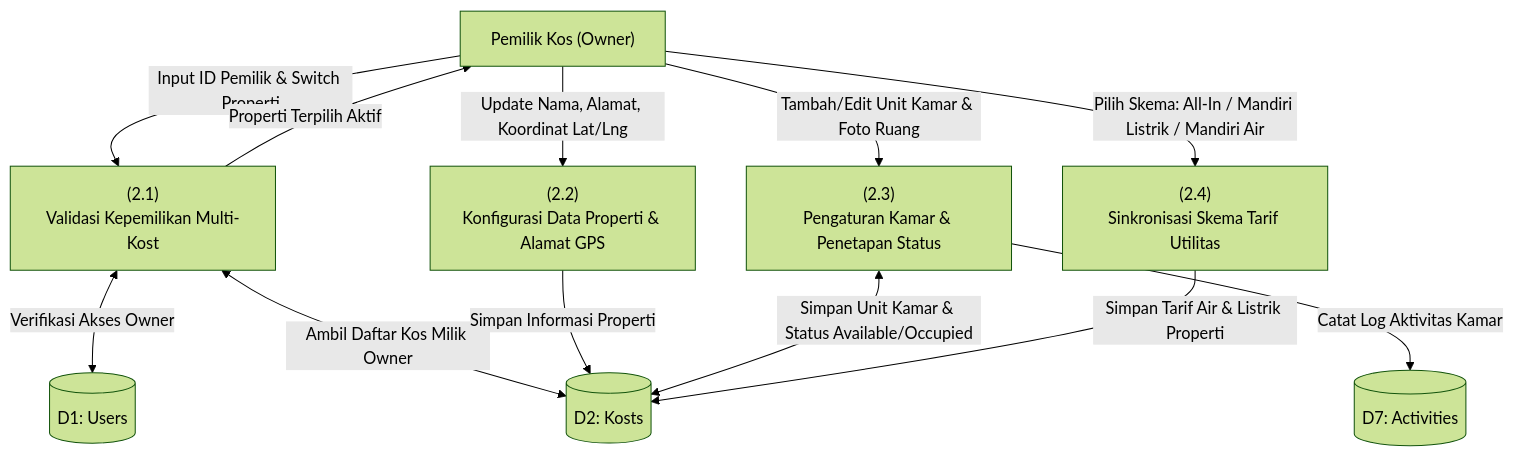
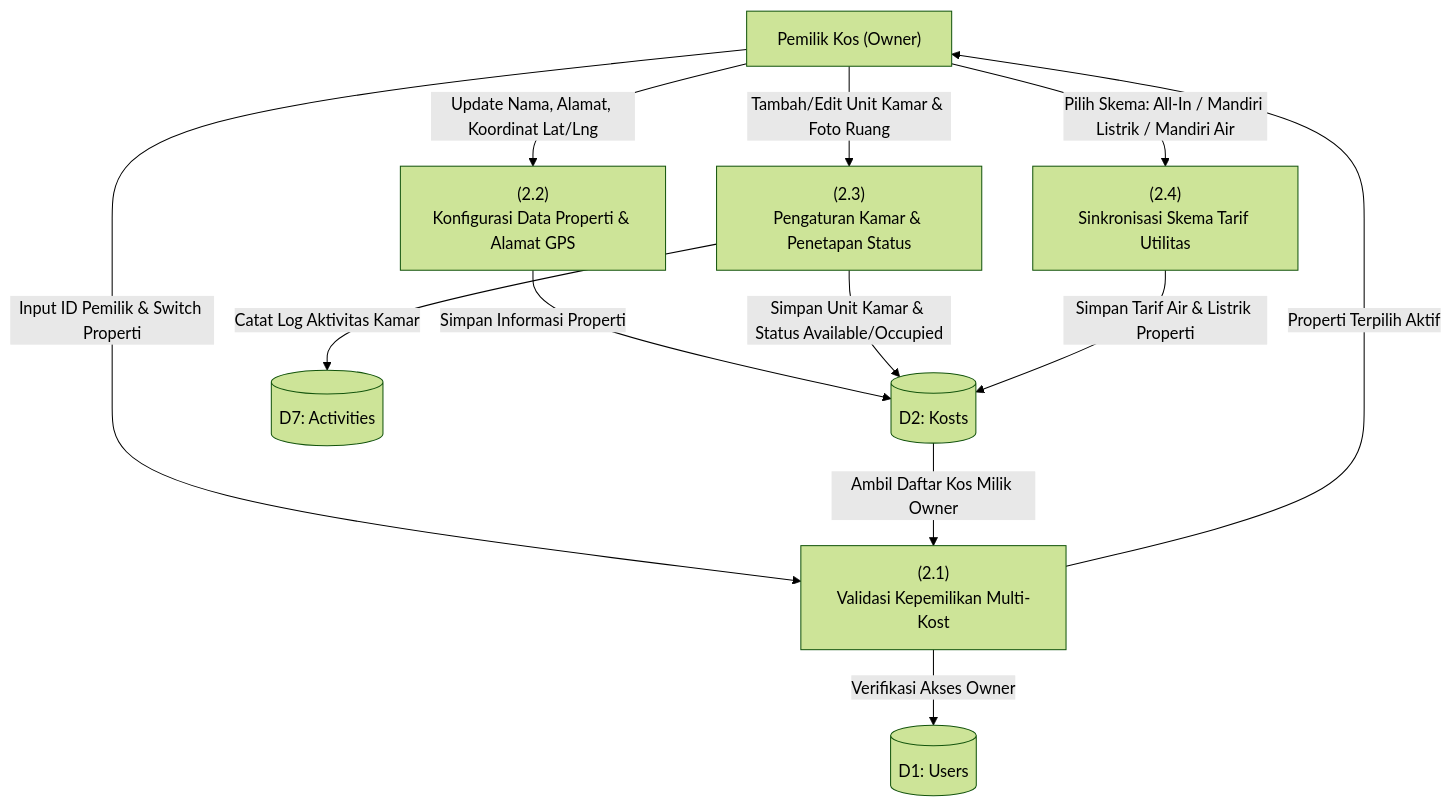
The fourth of 7 diagrams in docs/SKPL_KostKu.md (renartacayle/kostku), drawn with Mermaid (forest theme) before and after one commit. The commit also changed other lines of this file and 191 other files, not shown here.

````diff
--- a/docs/SKPL_KostKu.md
+++ b/docs/SKPL_KostKu.md
@@ -384,27 +419,28 @@
 ```mermaid
 flowchart TD
     PM["Pemilik Kos (Owner)"]
-    D1[("D1: Users")]
-    D2[("D2: Kosts")]
-    D7[("D7: Activities")]
 
     P21["(2.1)<br>Validasi Kepemilikan Multi-Kost"]
     P22["(2.2)<br>Konfigurasi Data Properti & Alamat GPS"]
     P23["(2.3)<br>Pengaturan Kamar & Penetapan Status"]
     P24["(2.4)<br>Sinkronisasi Skema Tarif Utilitas"]
 
+    D1[("D1: Users")]
+    D2[("D2: Kosts")]
+    D7[("D7: Activities")]
+
     PM -->|Input ID Pemilik & Switch Properti| P21
-    P21 <-->|Verifikasi Akses Owner| D1
-    P21 <-->|Ambil Daftar Kos Milik Owner| D2
+    P21 -->|Verifikasi Akses Owner| D1
+    D2 -->|Ambil Daftar Kos Milik Owner| P21
     P21 -->|Properti Terpilih Aktif| PM
 
     PM -->|Update Nama, Alamat, Koordinat Lat/Lng| P22
     P22 -->|Simpan Informasi Properti| D2
 
     PM -->|Tambah/Edit Unit Kamar & Foto Ruang| P23
-    P23 <-->|Simpan Unit Kamar & Status Available/Occupied| D2
+    P23 -->|Simpan Unit Kamar & Status Available/Occupied| D2
     P23 -->|Catat Log Aktivitas Kamar| D7
 
     PM -->|Pilih Skema: All-In / Mandiri Listrik / Mandiri Air| P24
     P24 -->|Simpan Tarif Air & Listrik Properti| D2
 ```
````
